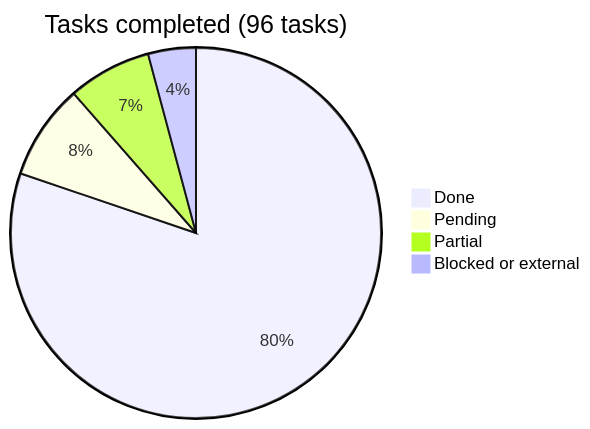
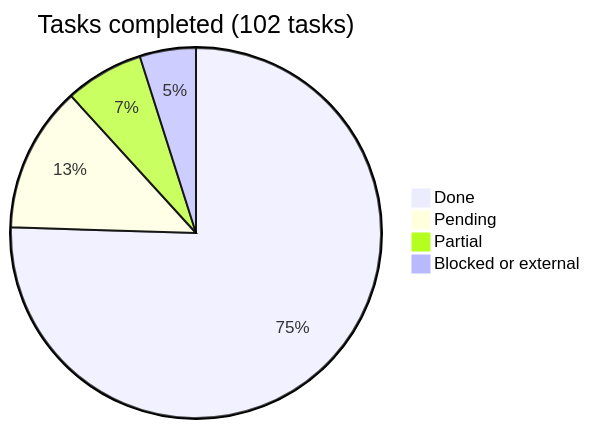
Before and after one commit to araguaney-lat/araguaney-app: the diagram in docs/roadmap/README.md, drawn with Mermaid. The commit also changed other lines of this file and 2 other files, not shown here.

First line of the commit message:
docs: review the whole backend against this roadmap

````diff
--- a/docs/roadmap/README.md
+++ b/docs/roadmap/README.md
@@ -16,7 +16,7 @@
 ```mermaid
-pie title Tasks completed (96 tasks)
+pie title Tasks completed (102 tasks)
     "Done" : 77
-    "Pending" : 8
+    "Pending" : 13
     "Partial" : 7
-    "Blocked or external" : 4
+    "Blocked or external" : 5
 ```
````
